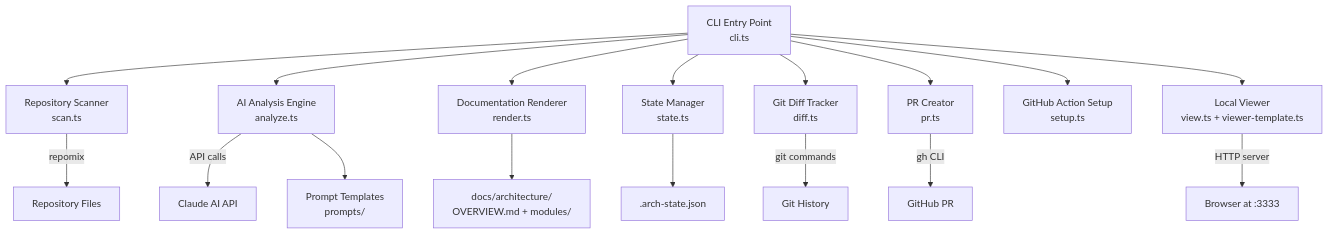
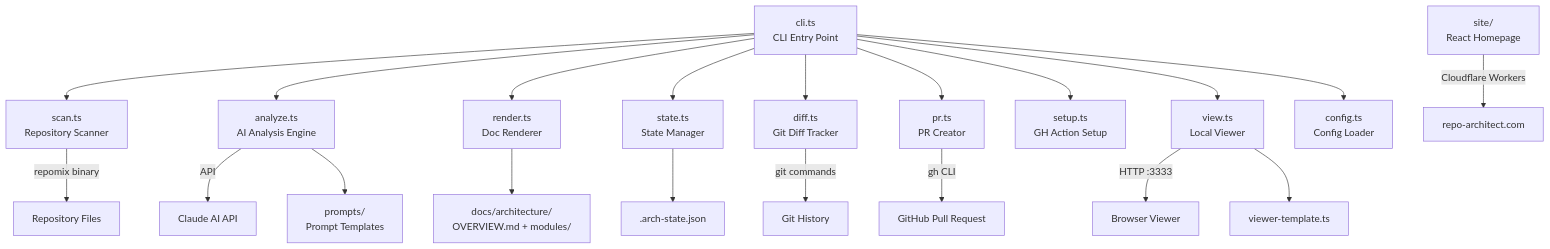
Before and after one commit to sergical/repo-architect: the first of 3 diagrams in docs/architecture/OVERVIEW.md, drawn with Mermaid. The commit also changed other lines of this file and 4 other files, not shown here.

First line of the commit message:
Fix Mermaid diagram bugs: literal \n in labels and unquoted edge labels

````diff
--- a/docs/architecture/OVERVIEW.md
+++ b/docs/architecture/OVERVIEW.md
@@ -29,20 +36,24 @@
 ```mermaid
 graph TD
-    CLI[CLI Entry Point<br/>cli.ts] --> Scanner[Repository Scanner<br/>scan.ts]
-    CLI --> Analyzer[AI Analysis Engine<br/>analyze.ts]
-    CLI --> Renderer[Documentation Renderer<br/>render.ts]
-    CLI --> State[State Manager<br/>state.ts]
-    CLI --> Diff[Git Diff Tracker<br/>diff.ts]
-    CLI --> PR[PR Creator<br/>pr.ts]
-    CLI --> Setup[GitHub Action Setup<br/>setup.ts]
-    CLI --> Viewer[Local Viewer<br/>view.ts + viewer-template.ts]
-    
-    Scanner -->|repomix| RepoFiles[Repository Files]
+    CLI[cli.ts<br/>CLI Entry Point] --> Scanner[scan.ts<br/>Repository Scanner]
+    CLI --> Analyzer[analyze.ts<br/>AI Analysis Engine]
+    CLI --> Renderer[render.ts<br/>Doc Renderer]
+    CLI --> StateM[state.ts<br/>State Manager]
+    CLI --> Diff[diff.ts<br/>Git Diff Tracker]
+    CLI --> PR[pr.ts<br/>PR Creator]
+    CLI --> Setup[setup.ts<br/>GH Action Setup]
+    CLI --> Viewer[view.ts<br/>Local Viewer]
+    CLI --> Config[config.ts<br/>Config Loader]
+
+    Scanner -->|repomix binary| RepoFiles[Repository Files]
     Diff -->|git commands| GitHistory[Git History]
-    Analyzer -->|API calls| Claude[Claude AI API]
-    Analyzer --> Prompts[Prompt Templates<br/>prompts/]
+    Analyzer -->|API| Claude[Claude AI API]
+    Analyzer --> Prompts[prompts/<br/>Prompt Templates]
     Renderer --> Docs[docs/architecture/<br/>OVERVIEW.md + modules/]
-    State --> StateFile[.arch-state.json]
-    PR -->|gh CLI| GitHub[GitHub PR]
-    Viewer -->|HTTP server| Browser[Browser at :3333]
+    StateM --> StateFile[.arch-state.json]
+    PR -->|gh CLI| GitHub[GitHub Pull Request]
+    Viewer -->|HTTP :3333| Browser[Browser Viewer]
+    Viewer --> ViewerTpl[viewer-template.ts]
+
+    Site[site/<br/>React Homepage] -->|Cloudflare Workers| CDN[repo-architect.com]
 ```
````
